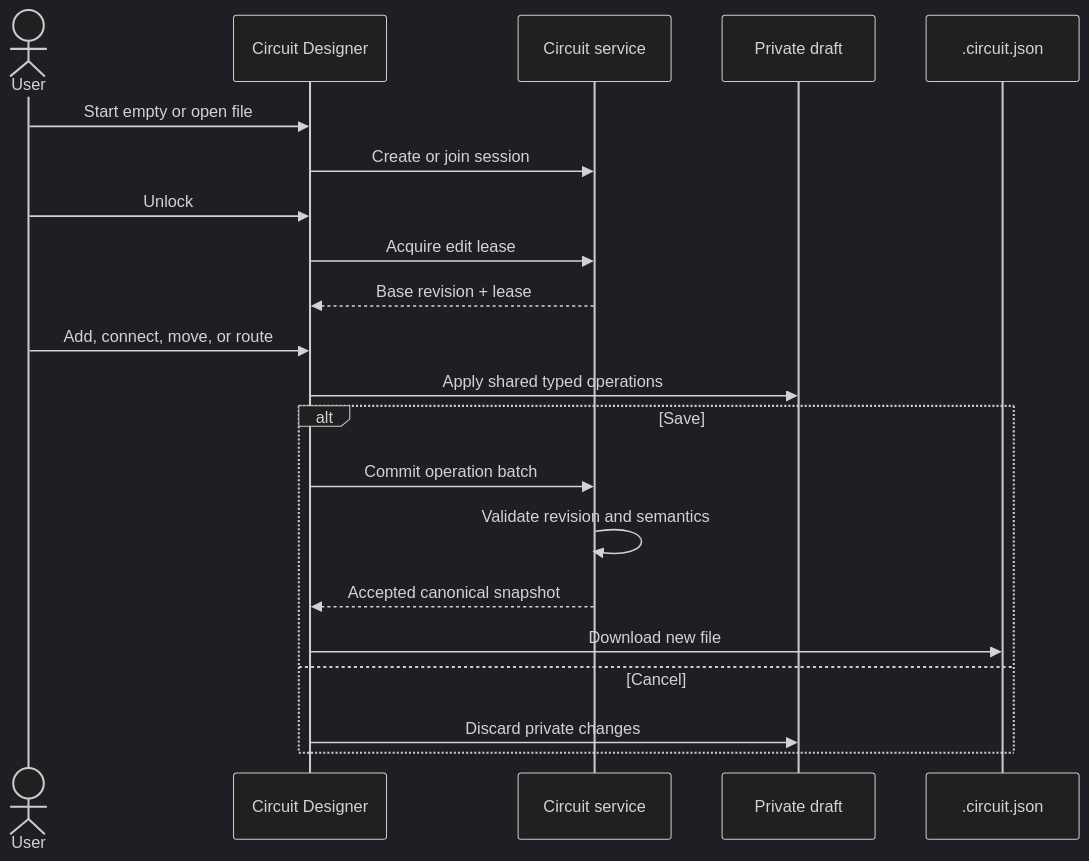
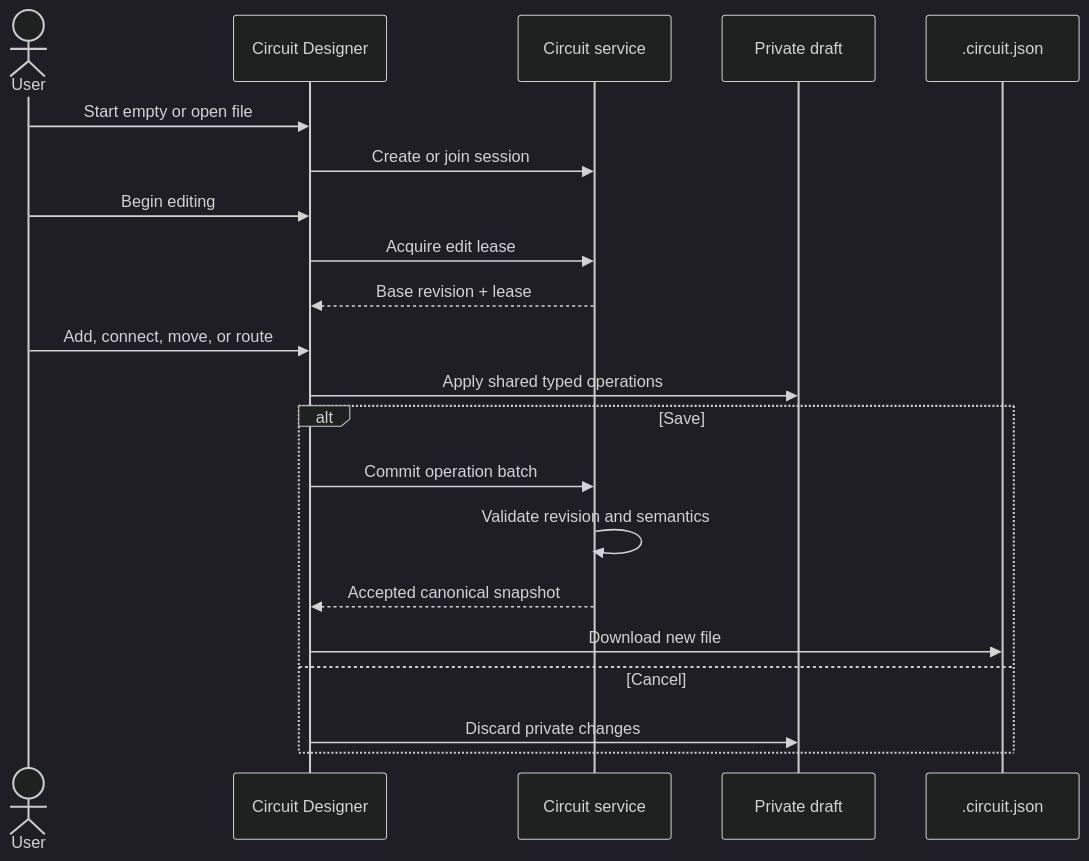
The third of 5 diagrams in docs/flows.md (ankdesh/spec2gds), drawn with Mermaid (dark theme) before and after one commit. The commit also changed other lines of this file and 187 other files, not shown here.

````diff
--- a/docs/flows.md
+++ b/docs/flows.md
@@ -102,24 +102,24 @@
 ```mermaid
 sequenceDiagram
     actor User
     participant UI as Circuit Designer
     participant Service as Circuit service
     participant Draft as Private draft
     participant File as .circuit.json
 
     User->>UI: Start empty or open file
     UI->>Service: Create or join session
-    User->>UI: Unlock
+    User->>UI: Begin editing
     UI->>Service: Acquire edit lease
     Service-->>UI: Base revision + lease
     User->>UI: Add, connect, move, or route
     UI->>Draft: Apply shared typed operations
     alt Save
         UI->>Service: Commit operation batch
         Service->>Service: Validate revision and semantics
         Service-->>UI: Accepted canonical snapshot
         UI->>File: Download new file
     else Cancel
         UI->>Draft: Discard private changes
     end
 ```
````
